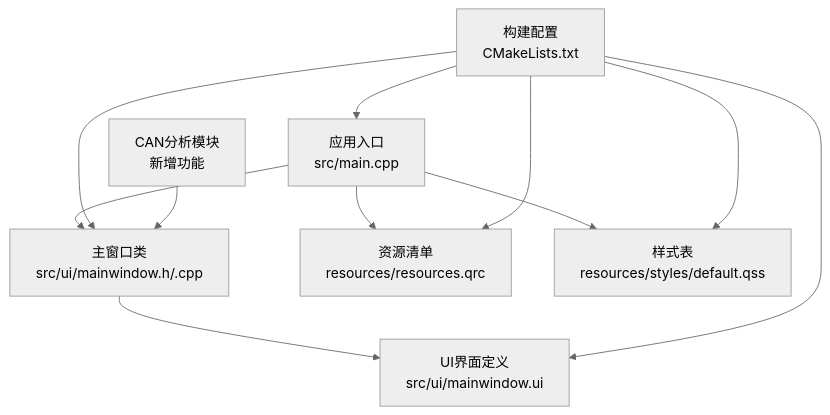
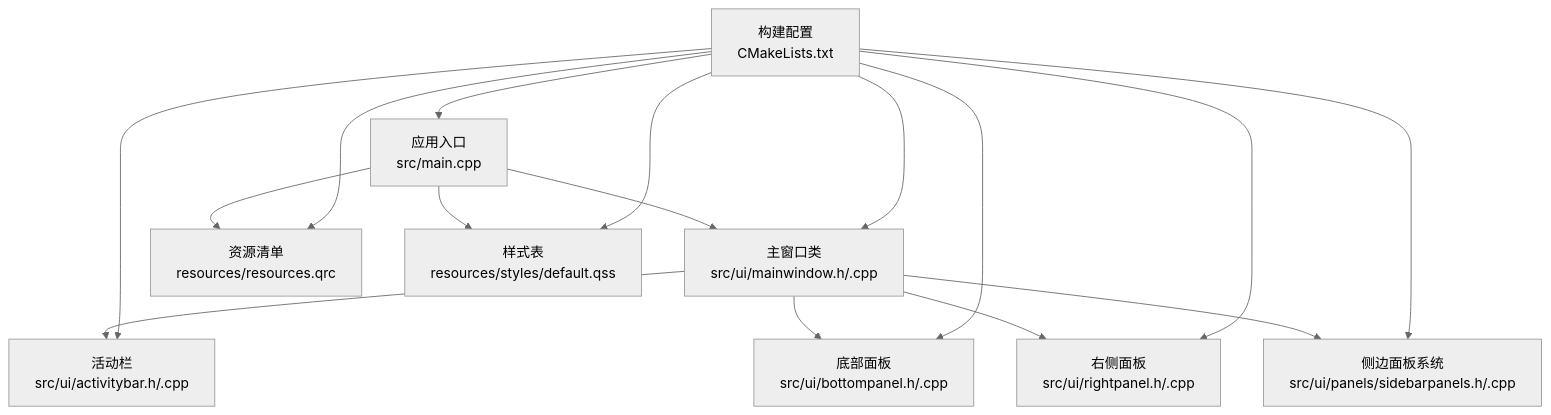
One commit to jakecai1225-design/OpenBus changed the first of 4 diagrams in .qoder/repowiki/zh/content/架构设计/主窗口组件架构.md. Above: the diagram before and after it, drawn with Mermaid (neutral theme). The commit also changed other lines of this file and 44 other files, not shown here.

````diff
--- a/.qoder/repowiki/zh/content/架构设计/主窗口组件架构.md
+++ b/.qoder/repowiki/zh/content/架构设计/主窗口组件架构.md
@@ -45,13 +53,18 @@
 ```mermaid
 graph TB
 A["应用入口<br/>src/main.cpp"] --> B["主窗口类<br/>src/ui/mainwindow.h/.cpp"]
-B --> C["UI界面定义<br/>src/ui/mainwindow.ui"]
-A --> D["资源清单<br/>resources/resources.qrc"]
-A --> E["样式表<br/>resources/styles/default.qss"]
-F["构建配置<br/>CMakeLists.txt"] --> A
-F --> B
-F --> C
-F --> D
-F --> E
-G["CAN分析模块<br/>新增功能"] --> B
+B --> C["活动栏<br/>src/ui/activitybar.h/.cpp"]
+B --> D["底部面板<br/>src/ui/bottompanel.h/.cpp"]
+B --> E["右侧面板<br/>src/ui/rightpanel.h/.cpp"]
+B --> F["侧边面板系统<br/>src/ui/panels/sidebarpanels.h/.cpp"]
+A --> G["资源清单<br/>resources/resources.qrc"]
+A --> H["样式表<br/>resources/styles/default.qss"]
+I["构建配置<br/>CMakeLists.txt"] --> A
+I --> B
+I --> C
+I --> D
+I --> E
+I --> F
+I --> G
+I --> H
 ```
````
